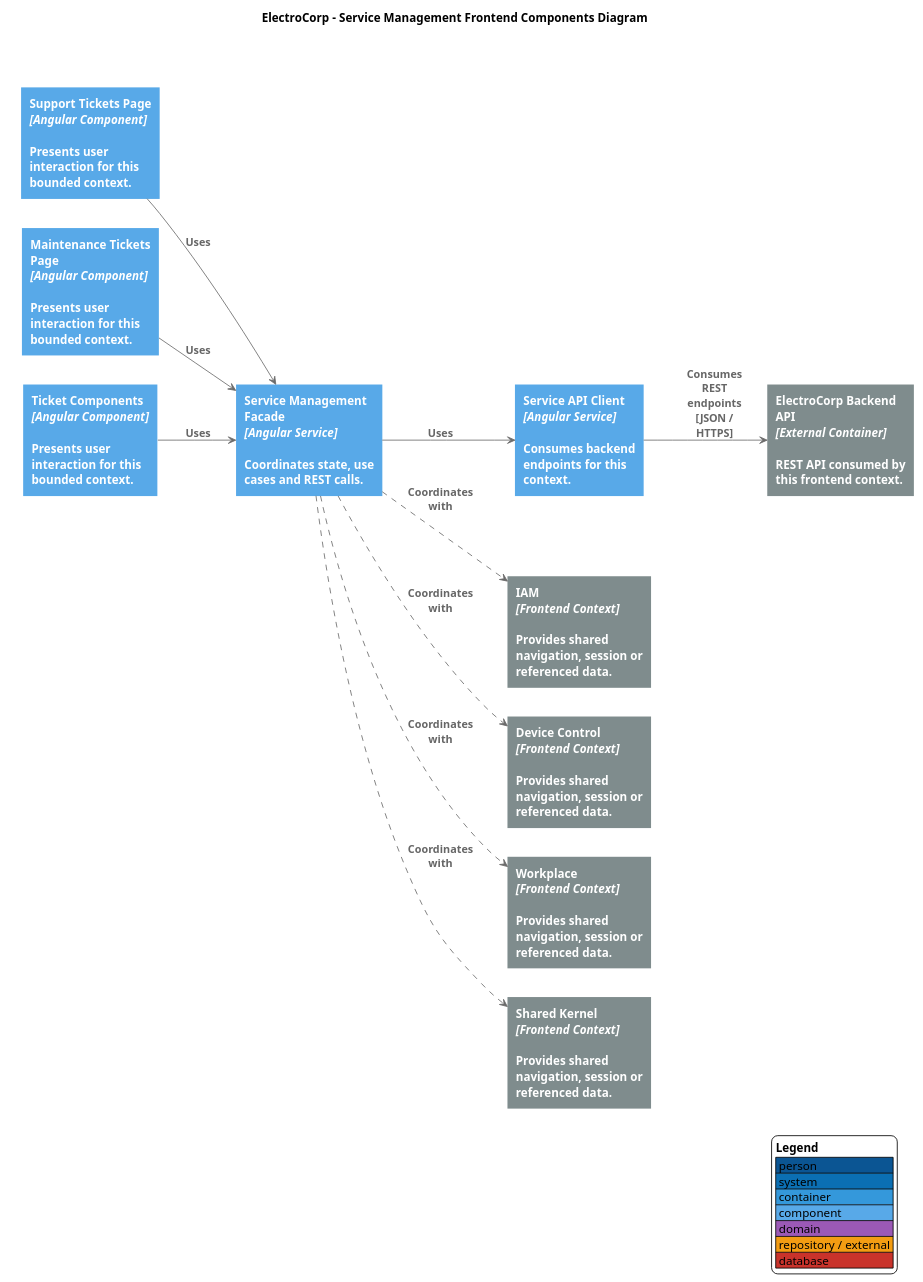
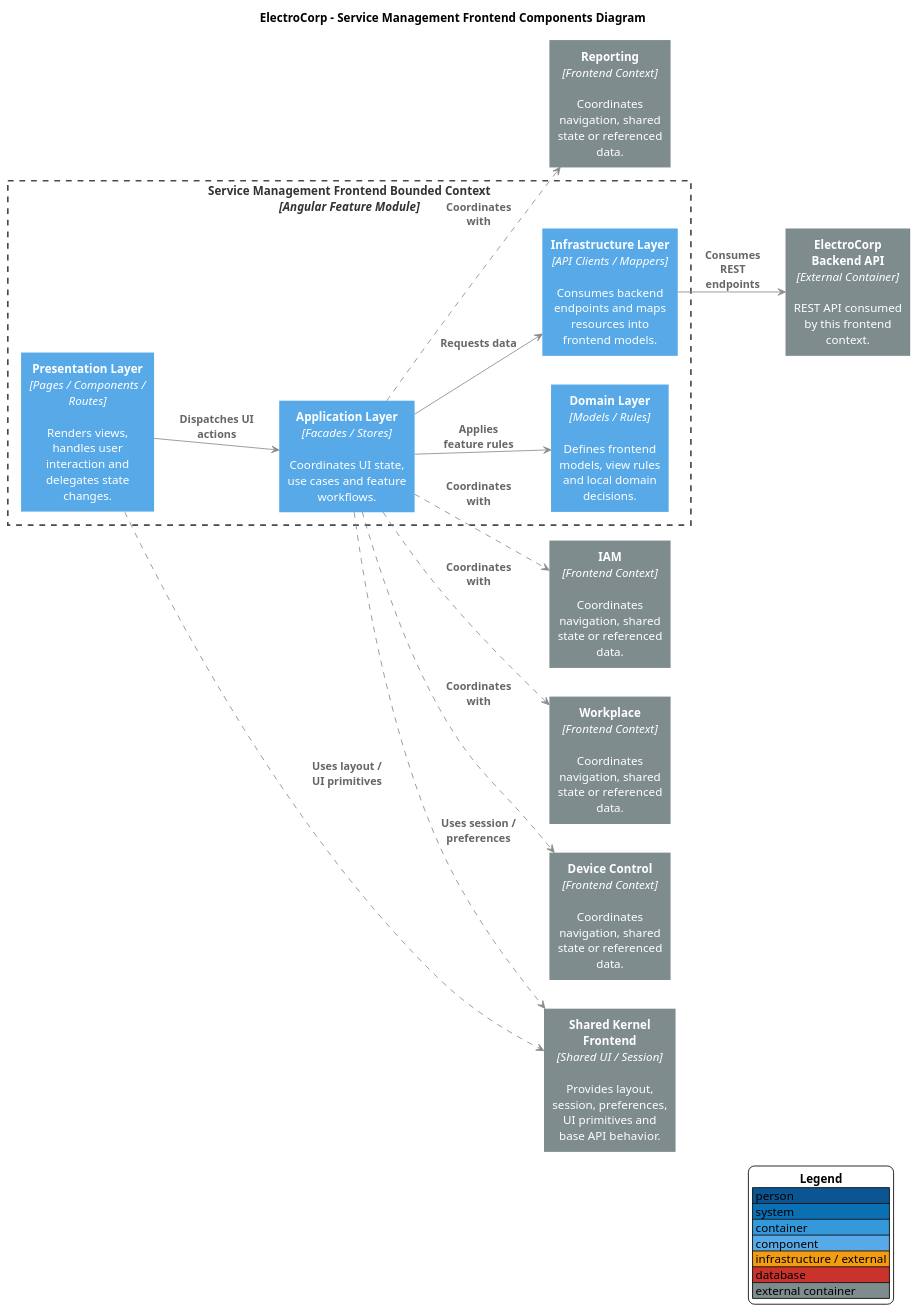
One commit to upc-pre-202610-1asi0729-11896-ecorp/electrocorp-report changed the diagram in docs/diagrams/components/frontend/bounded-contexts/service-management-frontend-components.puml. Above: the diagram before and after it, drawn with PlantUML. The commit also changed 29 other files, not shown here.

Commit message:
docs(c4): reorganize component diagrams by context and layers

```diff
--- a/docs/diagrams/components/frontend/bounded-contexts/service-management-frontend-components.puml
+++ b/docs/diagrams/components/frontend/bounded-contexts/service-management-frontend-components.puml
@@ -1,59 +1,76 @@
 @startuml
 skinparam backgroundColor #FFFFFF
 skinparam shadowing false
 skinparam defaultFontName Arial
-skinparam wrapWidth 170
-skinparam maxMessageSize 90
-skinparam ArrowColor #6B6B6B
+skinparam defaultTextAlignment center
+skinparam wrapWidth 145
+skinparam maxMessageSize 95
+skinparam ArrowColor #8A8A8A
 skinparam ArrowFontColor #666666
 skinparam ArrowFontStyle bold
+skinparam ArrowThickness 1
 skinparam rectangleRoundCorner 0
 skinparam rectangleBorderThickness 0
 skinparam rectangleFontColor #FFFFFF
-skinparam rectangleFontStyle bold
-skinparam packageStyle rectangle
-skinparam packageBorderColor #555555
-skinparam packageBackgroundColor transparent
-skinparam packageFontColor #444444
-skinparam packageFontStyle bold
+skinparam rectangleFontStyle plain
+skinparam rectangle {
+  BorderThickness 0
+}
+skinparam rectangle<<BoundedContext>> {
+  BackgroundColor transparent
+  BorderColor #4A4A4A
+  BorderThickness 2
+  BorderStyle dashed
+  FontColor #333333
+  FontStyle bold
+}
 skinparam databaseBackgroundColor #C9332B
 skinparam databaseBorderColor #C9332B
 skinparam databaseFontColor #FFFFFF
+skinparam databaseFontStyle plain
 hide stereotype
-title ElectroCorp - Service Management Frontend Components Diagram
 left to right direction
 
-package "Service Management Frontend Bounded Context\n[container]" {
-  rectangle "<b>Support Tickets Page</b>\n<i>[Angular Component]</i>\n\nPresents user interaction for this bounded context." as P0 #58A9E8
-  rectangle "<b>Maintenance Tickets Page</b>\n<i>[Angular Component]</i>\n\nPresents user interaction for this bounded context." as P1 #58A9E8
-  rectangle "<b>Ticket Components</b>\n<i>[Angular Component]</i>\n\nPresents user interaction for this bounded context." as P2 #58A9E8
-  rectangle "<b>Service Management Facade</b>\n<i>[Angular Service]</i>\n\nCoordinates state, use cases and REST calls." as Facade #58A9E8
-  rectangle "<b>Service API Client</b>\n<i>[Angular Service]</i>\n\nConsumes backend endpoints for this context." as Client #58A9E8
+title ElectroCorp - Service Management Frontend Components Diagram
+
+rectangle "<b>Service Management Frontend Bounded Context</b>\n<i>[Angular Feature Module]</i>" as Boundary <<BoundedContext>> {
+  rectangle "<b>Presentation Layer</b>\n<i>[Pages / Components / Routes]</i>\n\nRenders views, handles user interaction and delegates state changes." as Presentation #58A9E8
+  rectangle "<b>Application Layer</b>\n<i>[Facades / Stores]</i>\n\nCoordinates UI state, use cases and feature workflows." as Application #58A9E8
+  rectangle "<b>Domain Layer</b>\n<i>[Models / Rules]</i>\n\nDefines frontend models, view rules and local domain decisions." as Domain #58A9E8
+  rectangle "<b>Infrastructure Layer</b>\n<i>[API Clients / Mappers]</i>\n\nConsumes backend endpoints and maps resources into frontend models." as Infrastructure #58A9E8
 }
+
 rectangle "<b>ElectroCorp Backend API</b>\n<i>[External Container]</i>\n\nREST API consumed by this frontend context." as Backend #7F8C8D
-package "Connected Frontend Contexts\n[external containers]" {
-  rectangle "<b>IAM</b>\n<i>[Frontend Context]</i>\n\nProvides shared navigation, session or referenced data." as Dep0 #7F8C8D
-  rectangle "<b>Device Control</b>\n<i>[Frontend Context]</i>\n\nProvides shared navigation, session or referenced data." as Dep1 #7F8C8D
-  rectangle "<b>Workplace</b>\n<i>[Frontend Context]</i>\n\nProvides shared navigation, session or referenced data." as Dep2 #7F8C8D
-  rectangle "<b>Shared Kernel</b>\n<i>[Frontend Context]</i>\n\nProvides shared navigation, session or referenced data." as Dep3 #7F8C8D
-}
-P0 --> Facade : Uses
-P1 --> Facade : Uses
-P2 --> Facade : Uses
-Facade --> Client : Uses
-Client --> Backend : Consumes REST endpoints\n[JSON / HTTPS]
-Facade ..> Dep0 : Coordinates with
-Facade ..> Dep1 : Coordinates with
-Facade ..> Dep2 : Coordinates with
-Facade ..> Dep3 : Coordinates with
+rectangle "<b>Shared Kernel Frontend</b>\n<i>[Shared UI / Session]</i>\n\nProvides layout, session, preferences, UI primitives and base API behavior." as Shared #7F8C8D
+rectangle "<b>IAM</b>\n<i>[Frontend Context]</i>\n\nCoordinates navigation, shared state or referenced data." as Dep0 #7F8C8D
+rectangle "<b>Workplace</b>\n<i>[Frontend Context]</i>\n\nCoordinates navigation, shared state or referenced data." as Dep1 #7F8C8D
+rectangle "<b>Device Control</b>\n<i>[Frontend Context]</i>\n\nCoordinates navigation, shared state or referenced data." as Dep2 #7F8C8D
+rectangle "<b>Reporting</b>\n<i>[Frontend Context]</i>\n\nCoordinates navigation, shared state or referenced data." as Dep3 #7F8C8D
+
+Presentation --> Application : Dispatches UI actions
+Application --> Domain : Applies feature rules
+Application --> Infrastructure : Requests data
+Infrastructure --> Backend : Consumes REST endpoints
+Presentation ..> Shared : Uses layout / UI primitives
+Application ..> Shared : Uses session / preferences
+Application ..> Dep0 : Coordinates with
+Application ..> Dep1 : Coordinates with
+Application ..> Dep2 : Coordinates with
+Application ..> Dep3 : Coordinates with
+
+Presentation -[hidden]right- Application
+Application -[hidden]right- Domain
+Domain -[hidden]right- Infrastructure
+
 legend right
   <b>Legend</b>
   |<#0B5593> person |
   |<#0B6FB3> system |
   |<#3498DB> container |
   |<#58A9E8> component |
-  |<#9B59B6> domain |
-  |<#F39C12> repository / external |
+  |<#F39C12> infrastructure / external |
   |<#C9332B> database |
+  |<#7F8C8D> external container |
 endlegend
+
 @enduml
```
